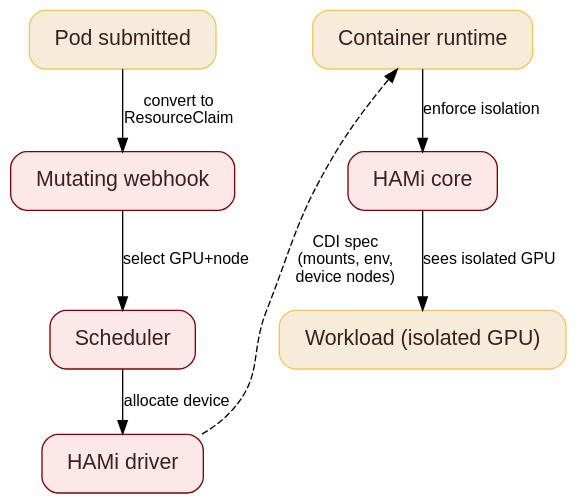
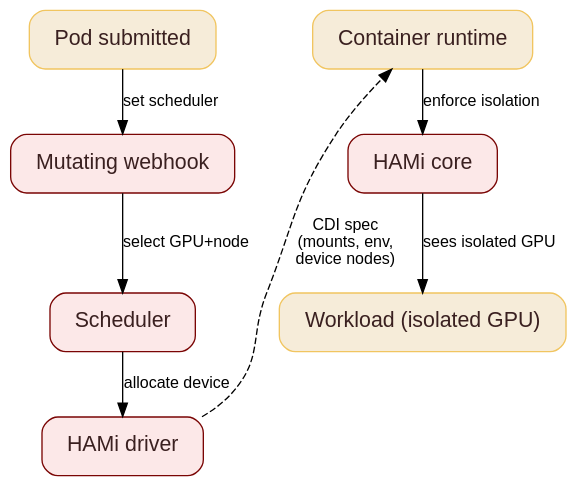
Before and after one commit to fishman/talks: the diagram in snow_corp_cncf.md, drawn with Graphviz. The commit also changed other lines of this file, not shown here.

````diff
--- a/snow_corp_cncf.md
+++ b/snow_corp_cncf.md
@@ -300,30 +300,30 @@
 ```dot
 digraph G {
   rankdir=TB
   bgcolor=transparent
   node [shape=box style="rounded,filled" fontname="Arial" fontsize=16 margin="0.25,0.18"]
   edge [fontname="Arial" fontsize=12]
 
   pod [label="Pod submitted" fillcolor="#F6ECD9" color="#F1C560" fontcolor="#3a2020"]
   webhook [label="Mutating webhook" fillcolor="#fce8e8" color="#7A0504" fontcolor="#3a2020"]
   sched [label="Scheduler" fillcolor="#fce8e8" color="#7A0504" fontcolor="#3a2020"]
   device [label="HAMi driver" fillcolor="#fce8e8" color="#7A0504" fontcolor="#3a2020"]
 
   runtime [label="Container runtime" fillcolor="#F6ECD9" color="#F1C560" fontcolor="#3a2020"]
   core [label="HAMi core" fillcolor="#fce8e8" color="#7A0504" fontcolor="#3a2020"]
   workload [label="Workload (isolated GPU)" fillcolor="#F6ECD9" color="#F1C560" fontcolor="#3a2020"]
 
   { rank=same; pod; runtime }
   { rank=same; webhook; core }
   { rank=same; sched; workload }
 
-  pod -> webhook [label="convert to\nResourceClaim"]
+  pod -> webhook [label="set scheduler"]
   webhook -> sched [label="select GPU+node"]
   sched -> device [label="allocate device"]
 
-  device -> runtime [label="CDI spec\n(mounts, env,\ndevice nodes)" constraint=false style=dashed]
+  device -> runtime [label="CDI spec\n(mounts, env,\ndevice nodes)" constraint=false style=dashed exitX=1 exitY=0.5 entryX=0 entryY=0.5]
 
   runtime -> core [label="enforce isolation"]
   core -> workload [label="sees isolated GPU"]
 }
 ```
````
